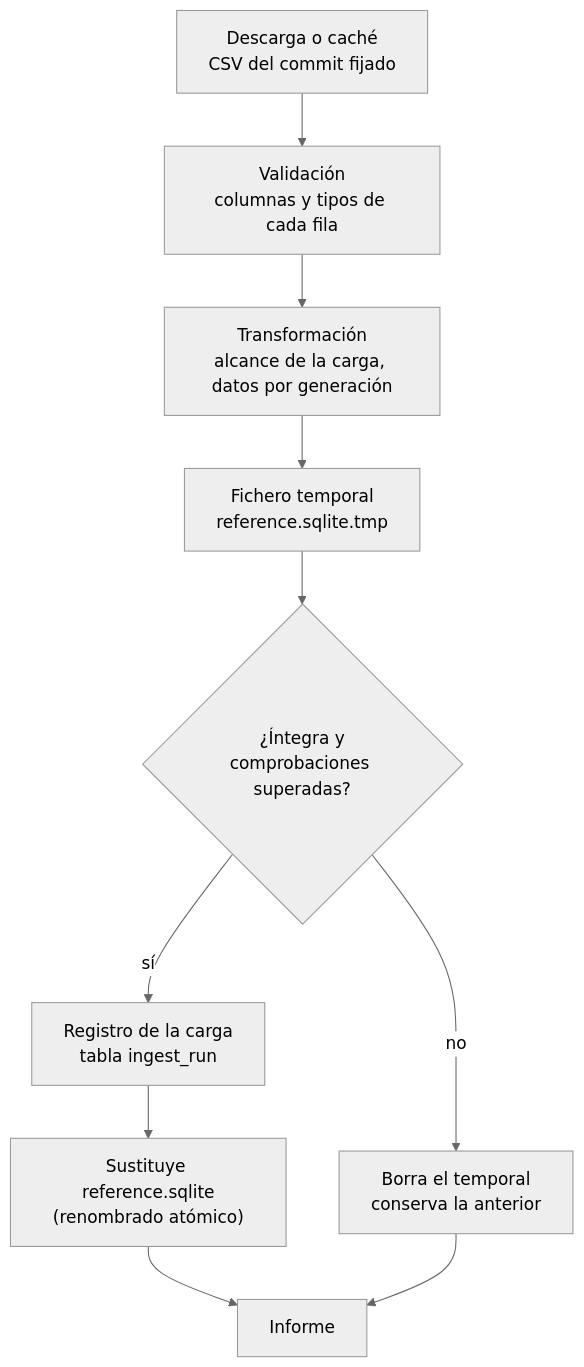
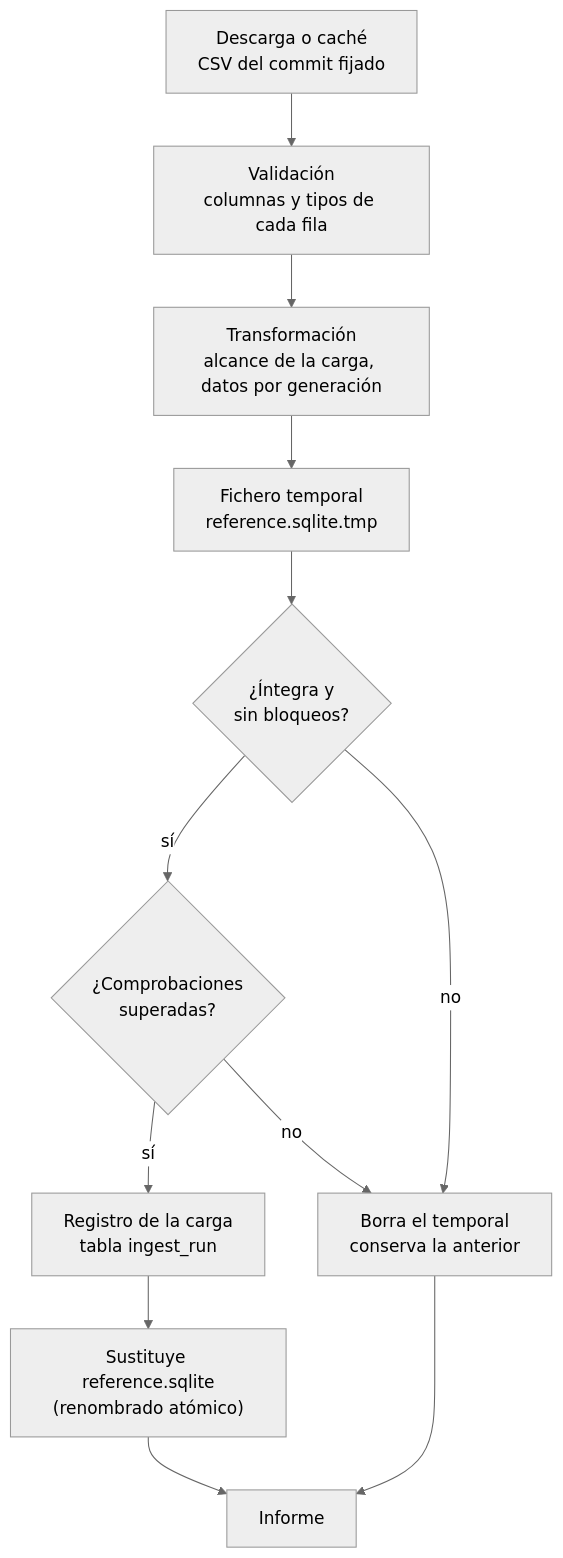
One commit to AlbertoMercado/pokemon-team-builder changed the first of 2 diagrams in docs/05-operacion/ingesta.md. Above: the diagram before and after it, drawn with Mermaid (neutral theme). The commit also changed other lines of this file and 21 other files, not shown here.

````diff
--- a/docs/05-operacion/ingesta.md
+++ b/docs/05-operacion/ingesta.md
@@ -104,10 +104,12 @@
 ```mermaid
 flowchart TD
     D["Descarga o caché<br/>CSV del commit fijado"] --> V["Validación<br/>columnas y tipos de cada fila"]
     V --> X["Transformación<br/>alcance de la carga, datos por generación"]
     X --> T["Fichero temporal<br/>reference.sqlite.tmp"]
-    T --> C{"¿Íntegra y<br/>comprobaciones superadas?"}
+    T --> B{"¿Íntegra y<br/>sin bloqueos?"}
+    B -- sí --> C{"¿Comprobaciones<br/>superadas?"}
+    B -- no --> E["Borra el temporal<br/>conserva la anterior"]
     C -- sí --> R["Registro de la carga<br/>tabla ingest_run"] --> M["Sustituye reference.sqlite<br/>(renombrado atómico)"]
-    C -- no --> E["Borra el temporal<br/>conserva la anterior"]
+    C -- no --> E
     M & E --> I["Informe"]
 ```
````
